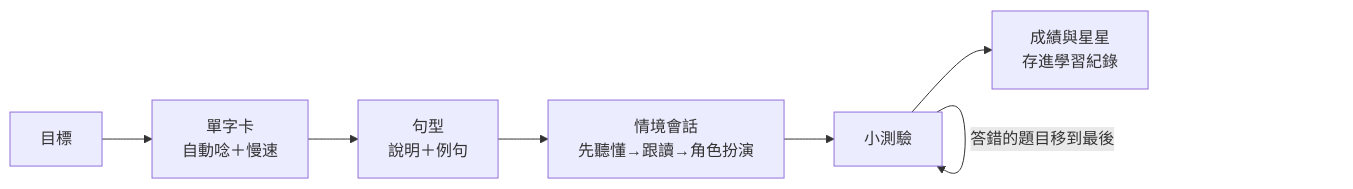
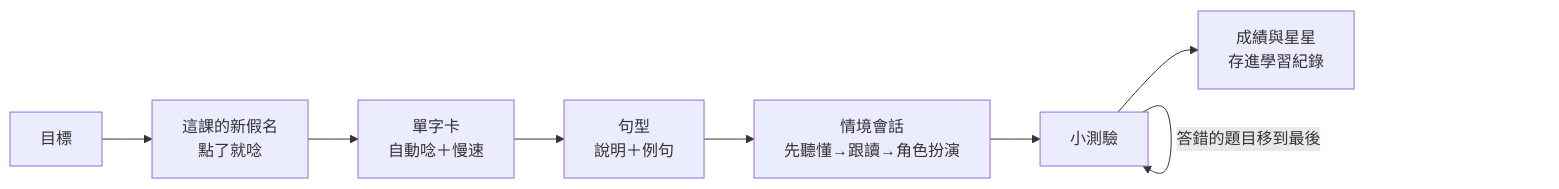
The diagram in README.md (sean1093/Ippo), drawn with Mermaid before and after one commit. The commit also changed other lines of this file and 19 other files, not shown here.

````diff
--- a/README.md
+++ b/README.md
@@ -40,9 +40,10 @@
 ```mermaid
 flowchart LR
-  A[目標] --> B[單字卡<br/>自動唸＋慢速]
+  A[目標] --> A2[這課的新假名<br/>點了就唸]
+  A2 --> B[單字卡<br/>自動唸＋慢速]
   B --> C[句型<br/>說明＋例句]
   C --> D[情境會話<br/>先聽懂→跟讀→角色扮演]
   D --> E[小測驗]
   E -->|答錯的題目移到最後| E
   E --> F[成績與星星<br/>存進學習紀錄]
 ```
````
